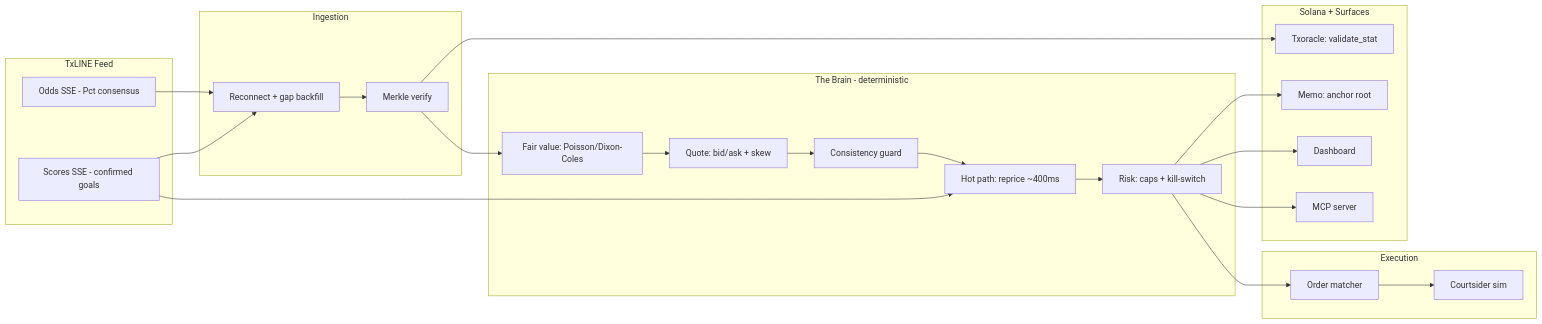
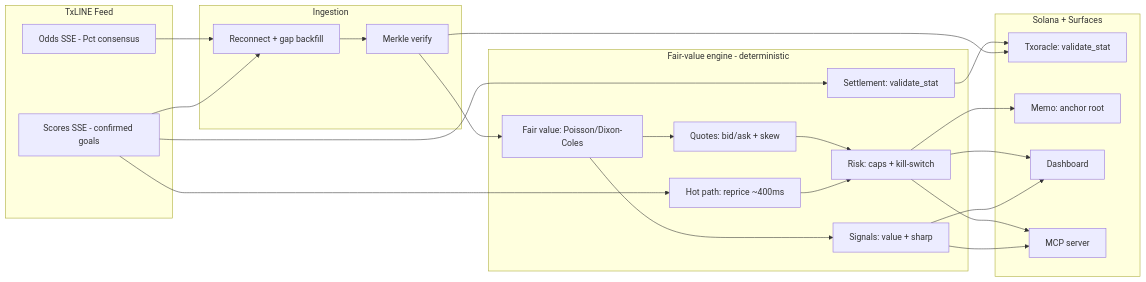
The first of 2 diagrams in README.md (Hijanhv/Catenaccio), drawn with Mermaid before and after one commit. The commit also changed other lines of this file and 14 other files, not shown here.

Commit message:
Add live TxLINE run, signals, and verifiable settlement; interlinked single-track README

````diff
--- a/README.md
+++ b/README.md
@@ -56,35 +80,35 @@
 ```mermaid
 graph LR
     subgraph Feed["TxLINE Feed"]
         Odds[Odds SSE - Pct consensus]
         Scores[Scores SSE - confirmed goals]
     end
     subgraph Ingest["Ingestion"]
         SSE[Reconnect + gap backfill]
         Verify[Merkle verify]
     end
-    subgraph Brain["The Brain - deterministic"]
+    subgraph Brain["Fair-value engine - deterministic"]
         FV[Fair value: Poisson/Dixon-Coles]
-        Q[Quote: bid/ask + skew]
-        CG[Consistency guard]
+        Q[Quotes: bid/ask + skew]
+        SG[Signals: value + sharp]
         HOT[Hot path: reprice ~400ms]
         Risk[Risk: caps + kill-switch]
-    end
-    subgraph Exec["Execution"]
-        Match[Order matcher]
-        Court[Courtsider sim]
+        SET[Settlement: validate_stat]
     end
     subgraph Chain["Solana + Surfaces"]
         Txo[Txoracle: validate_stat]
         Memo[Memo: anchor root]
         UI[Dashboard]
         MCP[MCP server]
     end
 
-    Odds & Scores --> SSE --> Verify --> FV --> Q --> CG --> HOT --> Risk --> Match
-    Scores --> HOT
-    Match --> Court
+    Odds & Scores --> SSE --> Verify --> FV
+    FV --> Q --> Risk
+    FV --> SG
+    Scores --> HOT --> Risk
+    Scores --> SET --> Txo
     Risk --> Memo
     Verify --> Txo
     Risk --> UI & MCP
+    SG --> UI & MCP
 ```
````
